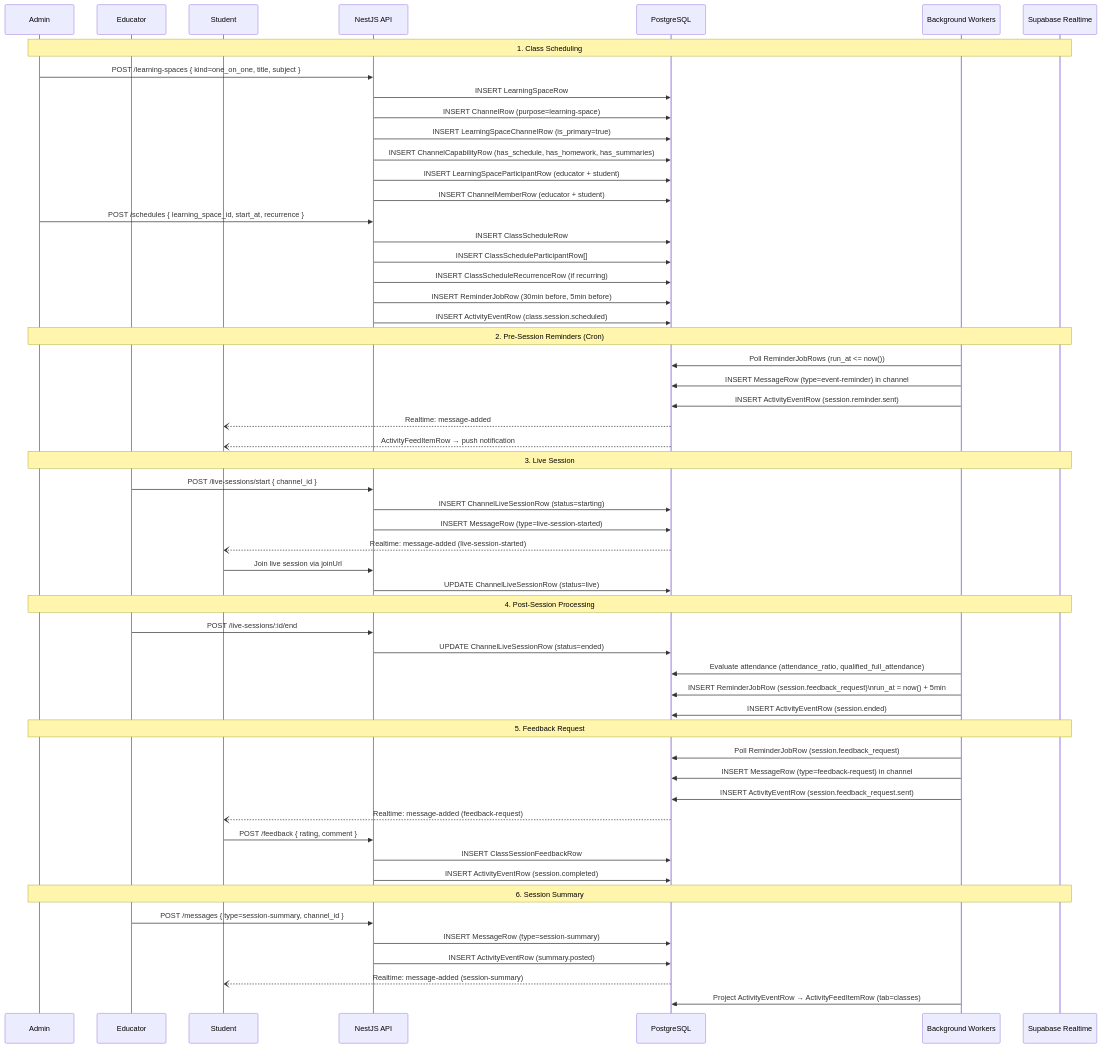
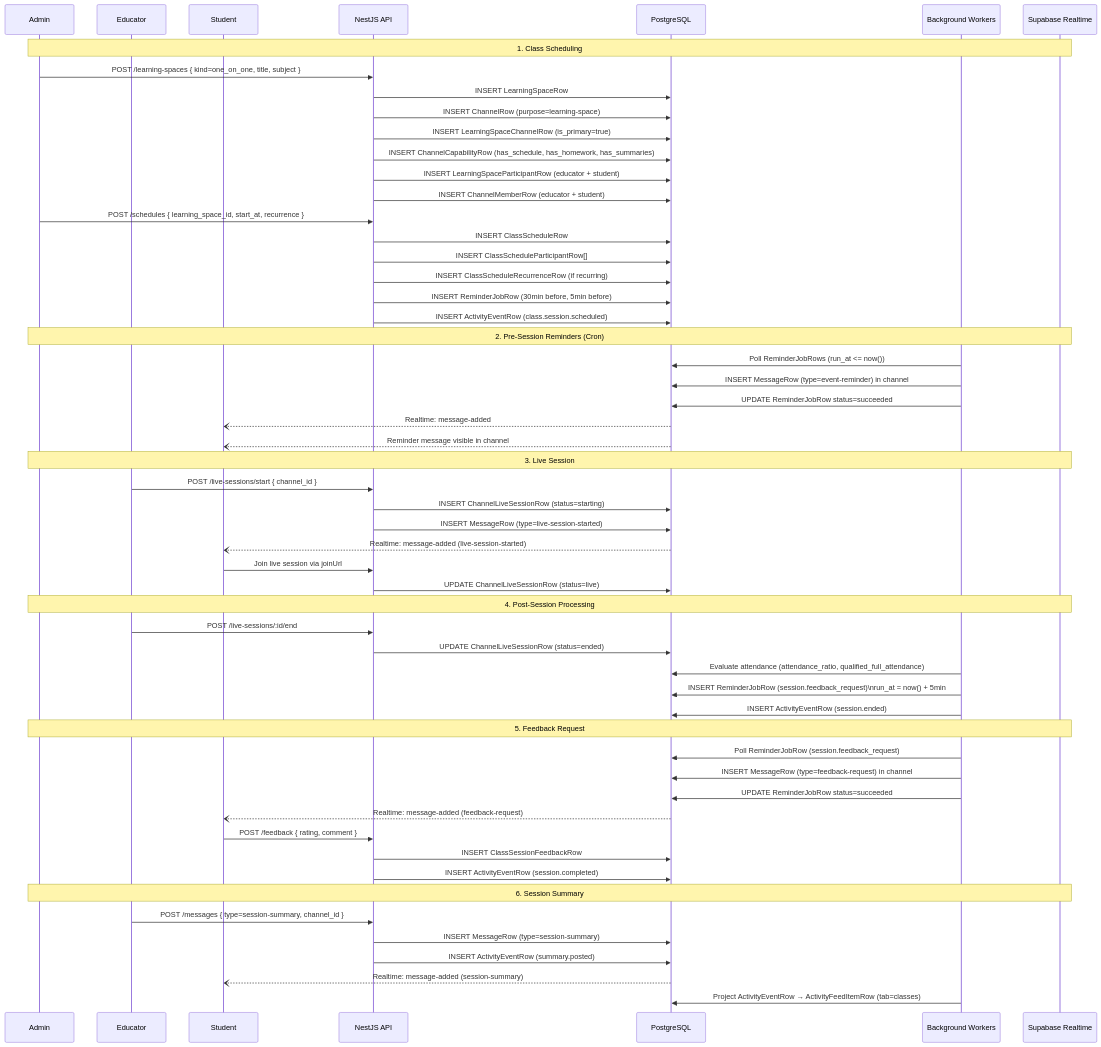
Before and after one commit to heidisoft/iconicedu-monorepo: diagram 31 of 31 in docs/architecture/feature-diagrams.md, drawn with Mermaid. The commit also changed other lines of this file and 41 other files, not shown here.

````diff
--- a/docs/architecture/feature-diagrams.md
+++ b/docs/architecture/feature-diagrams.md
@@ -1571,65 +1569,65 @@
 ```mermaid
 sequenceDiagram
     participant ADMIN as Admin
     participant EDUCATOR as Educator
     participant STUDENT as Student
     participant API as NestJS API
     participant DB as PostgreSQL
     participant WORKER as Background Workers
     participant RT as Supabase Realtime
 
     Note over ADMIN,RT: 1. Class Scheduling
     ADMIN->>API: POST /learning-spaces { kind=one_on_one, title, subject }
     API->>DB: INSERT LearningSpaceRow
     API->>DB: INSERT ChannelRow (purpose=learning-space)
     API->>DB: INSERT LearningSpaceChannelRow (is_primary=true)
     API->>DB: INSERT ChannelCapabilityRow (has_schedule, has_homework, has_summaries)
     API->>DB: INSERT LearningSpaceParticipantRow (educator + student)
     API->>DB: INSERT ChannelMemberRow (educator + student)
 
     ADMIN->>API: POST /schedules { learning_space_id, start_at, recurrence }
     API->>DB: INSERT ClassScheduleRow
     API->>DB: INSERT ClassScheduleParticipantRow[]
     API->>DB: INSERT ClassScheduleRecurrenceRow (if recurring)
     API->>DB: INSERT ReminderJobRow (30min before, 5min before)
     API->>DB: INSERT ActivityEventRow (class.session.scheduled)
 
     Note over ADMIN,RT: 2. Pre-Session Reminders (Cron)
     WORKER->>DB: Poll ReminderJobRows (run_at <= now())
     WORKER->>DB: INSERT MessageRow (type=event-reminder) in channel
-    WORKER->>DB: INSERT ActivityEventRow (session.reminder.sent)
+    WORKER->>DB: UPDATE ReminderJobRow status=succeeded
     DB--)STUDENT: Realtime: message-added
-    DB--)STUDENT: ActivityFeedItemRow → push notification
+    DB--)STUDENT: Reminder message visible in channel
 
     Note over ADMIN,RT: 3. Live Session
     EDUCATOR->>API: POST /live-sessions/start { channel_id }
     API->>DB: INSERT ChannelLiveSessionRow (status=starting)
     API->>DB: INSERT MessageRow (type=live-session-started)
     DB--)STUDENT: Realtime: message-added (live-session-started)
     STUDENT->>API: Join live session via joinUrl
     API->>DB: UPDATE ChannelLiveSessionRow (status=live)
 
     Note over ADMIN,RT: 4. Post-Session Processing
     EDUCATOR->>API: POST /live-sessions/:id/end
     API->>DB: UPDATE ChannelLiveSessionRow (status=ended)
     WORKER->>DB: Evaluate attendance (attendance_ratio, qualified_full_attendance)
     WORKER->>DB: INSERT ReminderJobRow (session.feedback_request)\nrun_at = now() + 5min
     WORKER->>DB: INSERT ActivityEventRow (session.ended)
 
     Note over ADMIN,RT: 5. Feedback Request
     WORKER->>DB: Poll ReminderJobRow (session.feedback_request)
     WORKER->>DB: INSERT MessageRow (type=feedback-request) in channel
-    WORKER->>DB: INSERT ActivityEventRow (session.feedback_request.sent)
+    WORKER->>DB: UPDATE ReminderJobRow status=succeeded
     DB--)STUDENT: Realtime: message-added (feedback-request)
 
     STUDENT->>API: POST /feedback { rating, comment }
     API->>DB: INSERT ClassSessionFeedbackRow
     API->>DB: INSERT ActivityEventRow (session.completed)
 
     Note over ADMIN,RT: 6. Session Summary
     EDUCATOR->>API: POST /messages { type=session-summary, channel_id }
     API->>DB: INSERT MessageRow (type=session-summary)
     API->>DB: INSERT ActivityEventRow (summary.posted)
     DB--)STUDENT: Realtime: message-added (session-summary)
     WORKER->>DB: Project ActivityEventRow → ActivityFeedItemRow (tab=classes)
 ```
````
